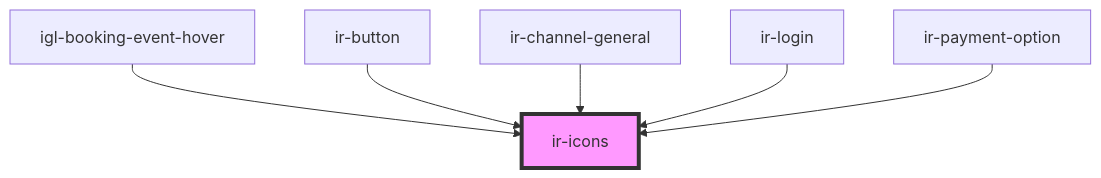
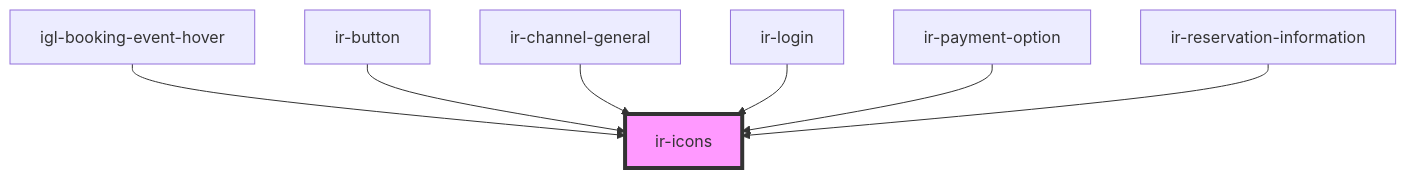
Before and after one commit to David1Chowaifaty/modified-ir-webcmp: the diagram in src/components/ui/ir-icons/readme.md, drawn with Mermaid. The commit also changed other lines of this file and 24 other files, not shown here.

````diff
--- a/src/components/ui/ir-icons/readme.md
+++ b/src/components/ui/ir-icons/readme.md
@@ -27,9 +29,10 @@
 ```mermaid
 graph TD;
   igl-booking-event-hover --> ir-icons
   ir-button --> ir-icons
   ir-channel-general --> ir-icons
   ir-login --> ir-icons
   ir-payment-option --> ir-icons
+  ir-reservation-information --> ir-icons
   style ir-icons fill:#f9f,stroke:#333,stroke-width:4px
 ```
````
